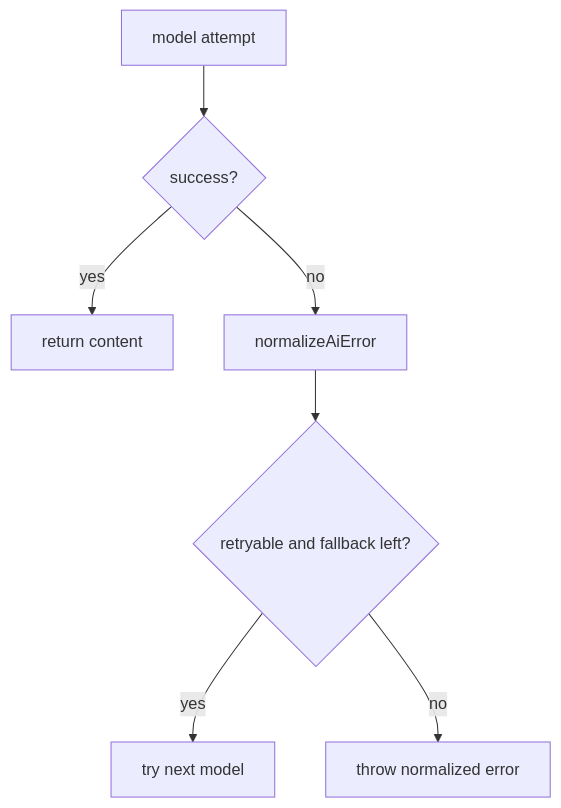
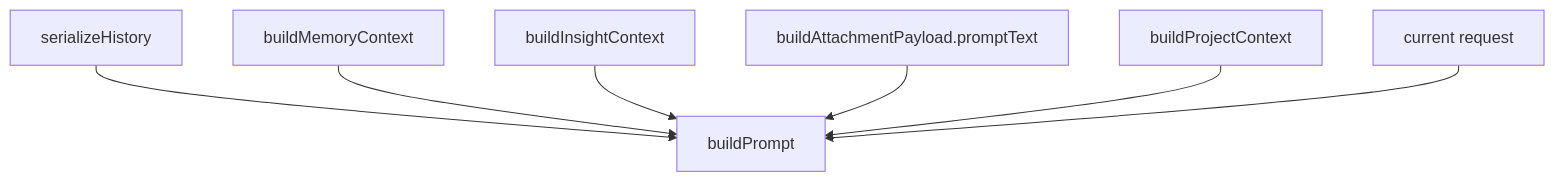
Before and after one commit to Ganesh172919/Backend_Practice: the fourth of 4 diagrams in docs/ai/32-sequence-and-architecture-diagrams.md, drawn with Mermaid. The commit also changed other lines of this file and 122 other files, not shown here.

````diff
--- a/docs/ai/32-sequence-and-architecture-diagrams.md
+++ b/docs/ai/32-sequence-and-architecture-diagrams.md
@@ -71,9 +72,9 @@
 ```mermaid
 flowchart TD
-    Start["model attempt"] --> Ok{"success?"}
-    Ok -- yes --> Done["return content"]
-    Ok -- no --> Normalize["normalizeAiError"]
-    Normalize --> Retry{"retryable and fallback left?"}
-    Retry -- yes --> Next["try next model"]
-    Retry -- no --> Throw["throw normalized error"]
+  History["serializeHistory"] --> Prompt["buildPrompt"]
+  Memory["buildMemoryContext"] --> Prompt
+  Insight["buildInsightContext"] --> Prompt
+  Attachment["buildAttachmentPayload.promptText"] --> Prompt
+  Project["buildProjectContext"] --> Prompt
+  Current["current request"] --> Prompt
 ```
````
